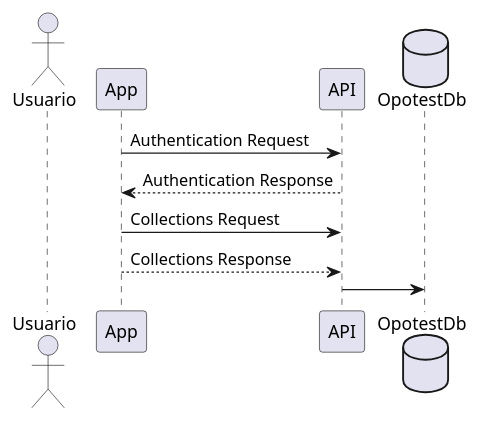
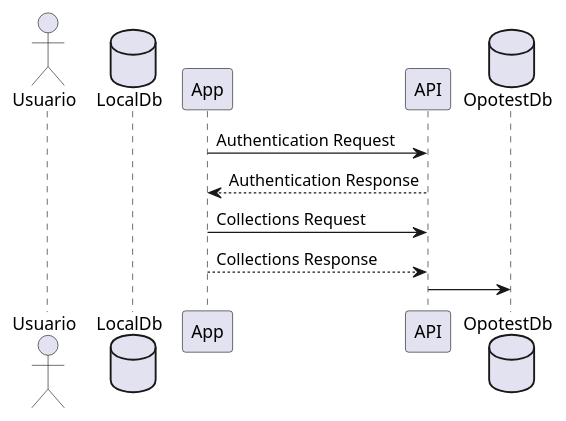
One commit to Joselon/ProyectoOpoTest changed the diagram in doc/planteamiento_secuencia.puml. Above: the diagram before and after it, drawn with PlantUML. The commit also changed 6 other files, not shown here.

```diff
--- a/doc/planteamiento_secuencia.puml
+++ b/doc/planteamiento_secuencia.puml
@@ -2,14 +2,15 @@
 @startuml OpoTestPlanteamiento
 actor Usuario
 
+database LocalDb
 App -> API: Authentication Request
 API --> App: Authentication Response
 
 App -> API: Collections Request
 API <-- App: Collections Response
 
 database OpotestDb
 
 API -> OpotestDb
 
 @enduml
```
